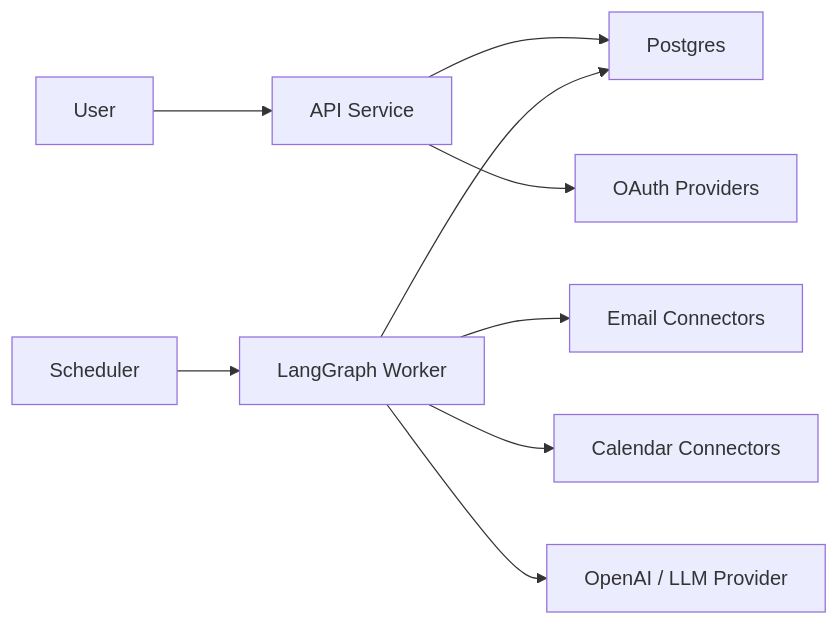
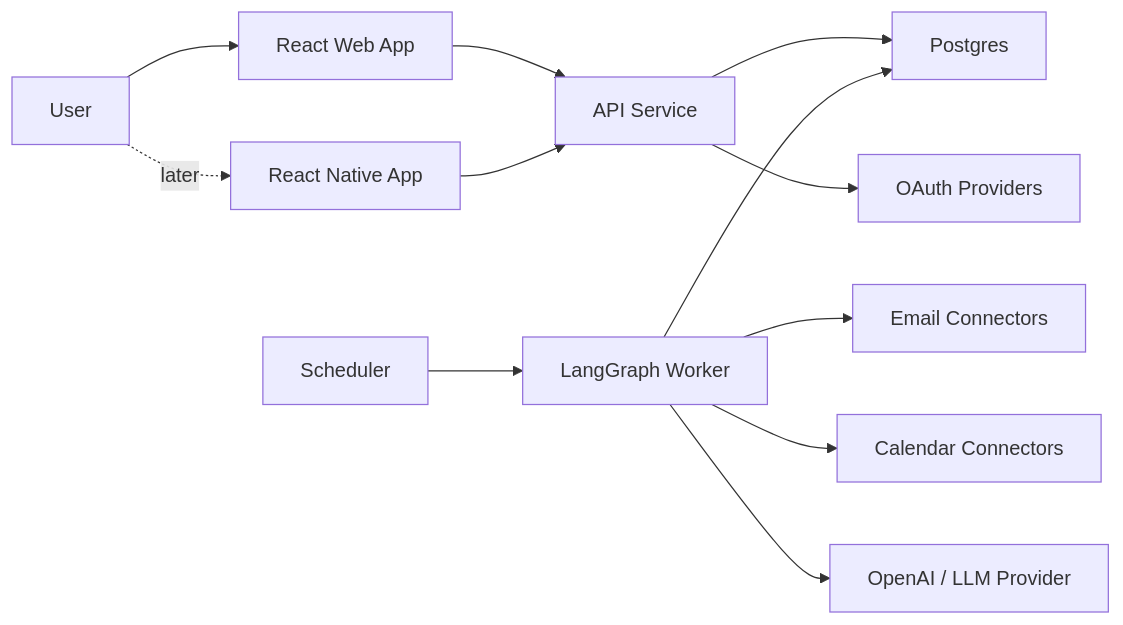
Before and after one commit to kid-scheduler/school-email-assistant: the diagram in docs/architecture.md, drawn with Mermaid. The commit also changed other lines of this file and 5 other files, not shown here.

````diff
--- a/docs/architecture.md
+++ b/docs/architecture.md
@@ -131,11 +182,14 @@
 ```mermaid
 flowchart LR
-  User["User"] --> API["API Service"]
+  User["User"] --> Web["React Web App"]
+  User -. "later" .-> Mobile["React Native App"]
+  Web --> API["API Service"]
+  Mobile --> API
   API --> DB["Postgres"]
   API --> OAuth["OAuth Providers"]
   Scheduler["Scheduler"] --> Graph["LangGraph Worker"]
   Graph --> DB
   Graph --> Email["Email Connectors"]
   Graph --> Calendar["Calendar Connectors"]
   Graph --> Model["OpenAI / LLM Provider"]
 ```
````
